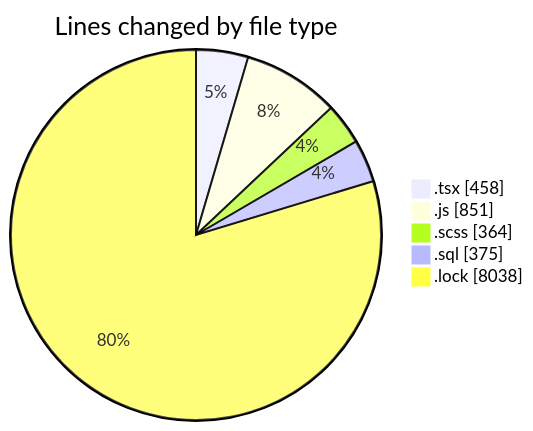
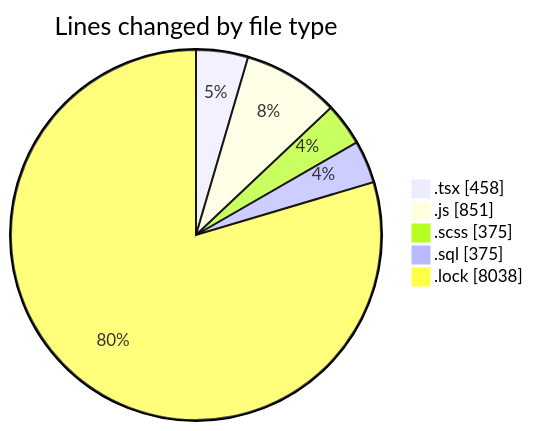
One commit to momahboobian/code-tracking changed the first of 2 diagrams in 2025-03-18/cda/README.md. Above: the diagram before and after it, drawn with Mermaid. The commit also changed other lines of this file and 1 other file, not shown here.

````diff
--- a/2025-03-18/cda/README.md
+++ b/2025-03-18/cda/README.md
@@ -30,9 +30,9 @@
 ```mermaid
 pie showData
 title Lines changed by file type
 ".tsx" : 458
 ".js" : 851
-".scss" : 364
+".scss" : 375
 ".sql" : 375
 ".lock" : 8038
 ```
````
